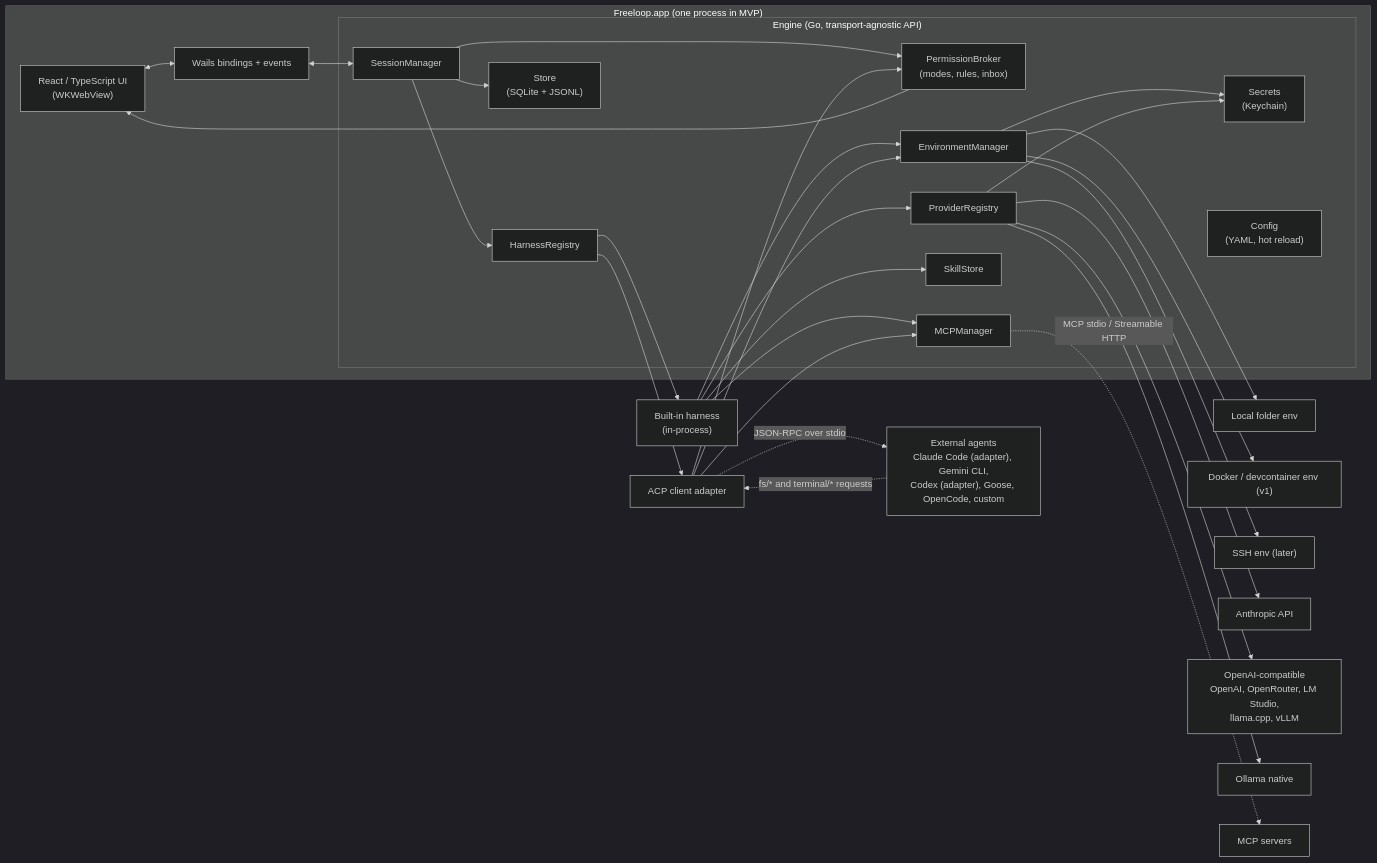
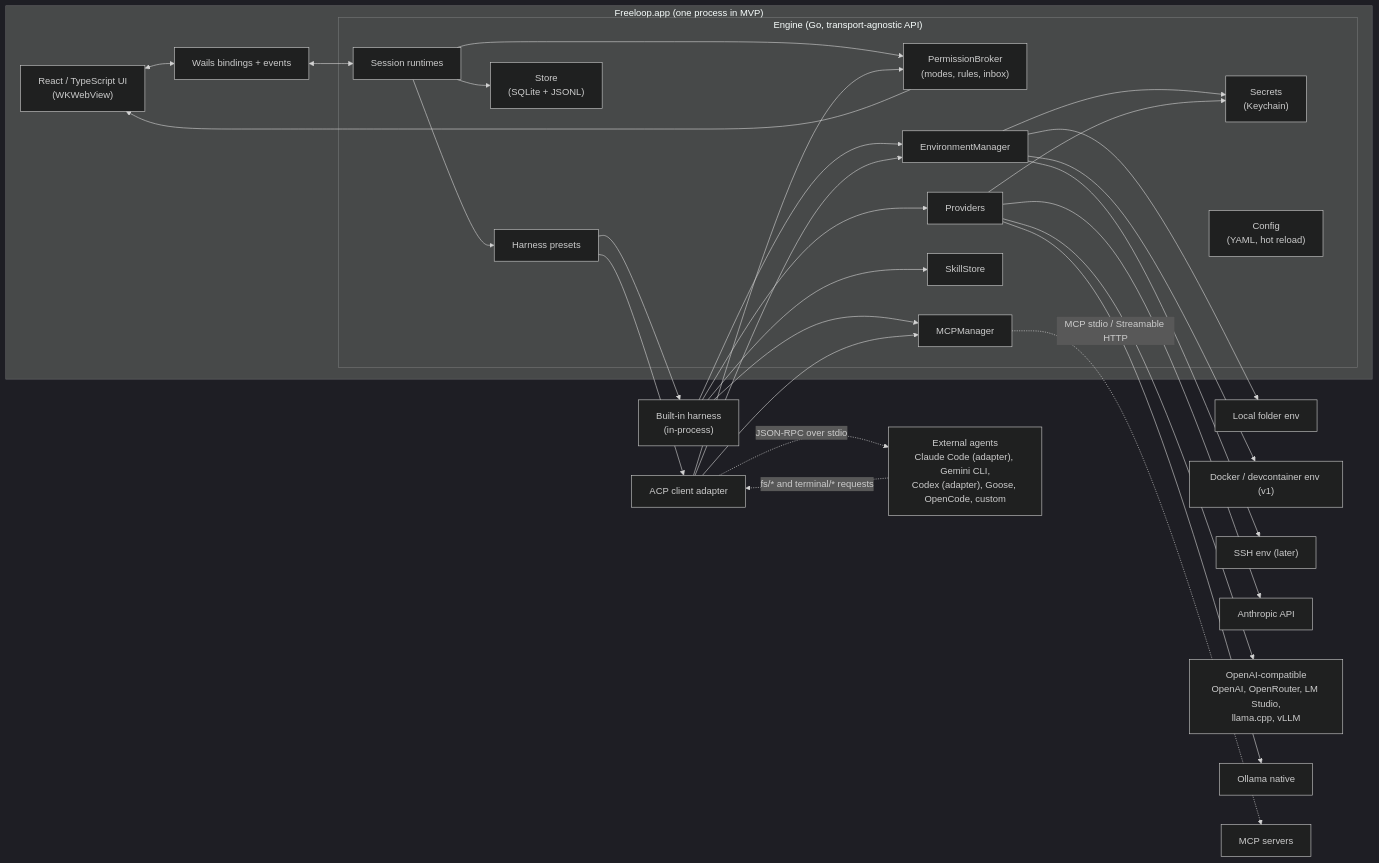
One commit to FinanceNik/FreeLoop changed the diagram in docs/ARCHITECTURE.md. Above: the diagram before and after it, drawn with Mermaid (dark theme). The commit also changed other lines of this file and 15 other files, not shown here.

First line of the commit message:
Frontend cleanup, and the architecture docs back in step with the code (NFR-REL-004) [skip ci]

````diff
--- a/docs/ARCHITECTURE.md
+++ b/docs/ARCHITECTURE.md
@@ -33,33 +33,33 @@
 ```mermaid
 flowchart LR
   subgraph App["Freeloop.app (one process in MVP)"]
     UI["React / TypeScript UI<br/>(WKWebView)"]
     Bridge["Wails bindings + events"]
     subgraph Engine["Engine (Go, transport-agnostic API)"]
-      SM["SessionManager"]
+      SM["Session runtimes"]
       PB["PermissionBroker<br/>(modes, rules, inbox)"]
-      HR["HarnessRegistry"]
-      PR["ProviderRegistry"]
+      HR["Harness presets"]
+      PR["Providers"]
       EM["EnvironmentManager"]
       SK["SkillStore"]
       MM["MCPManager"]
       ST["Store<br/>(SQLite + JSONL)"]
       SEC["Secrets<br/>(Keychain)"]
       CFG["Config<br/>(YAML, hot reload)"]
     end
   end
   UI <--> Bridge <--> SM
   PB --> UI
   SM --> HR & PB & ST
   HR --> BH["Built-in harness<br/>(in-process)"]
   HR --> ACPA["ACP client adapter"]
   BH --> PR & SK & MM & EM
   ACPA -. "JSON-RPC over stdio" .-> EXT["External agents<br/>Claude Code (adapter), Gemini CLI,<br/>Codex (adapter), Goose, OpenCode, custom"]
   EXT -. "fs/* and terminal/* requests" .-> ACPA
   ACPA --> EM & PB & MM
   EM --> LOCAL["Local folder env"] & DOCKER["Docker / devcontainer env (v1)"] & SSH["SSH env (later)"]
   PR --> ANTH["Anthropic API"] & OAIC["OpenAI-compatible<br/>OpenAI, OpenRouter, LM Studio,<br/>llama.cpp, vLLM"] & OLL["Ollama native"]
   MM -. "MCP stdio / Streamable HTTP" .-> MCPS["MCP servers"]
   EM --> SEC
   PR --> SEC
 ```
````
